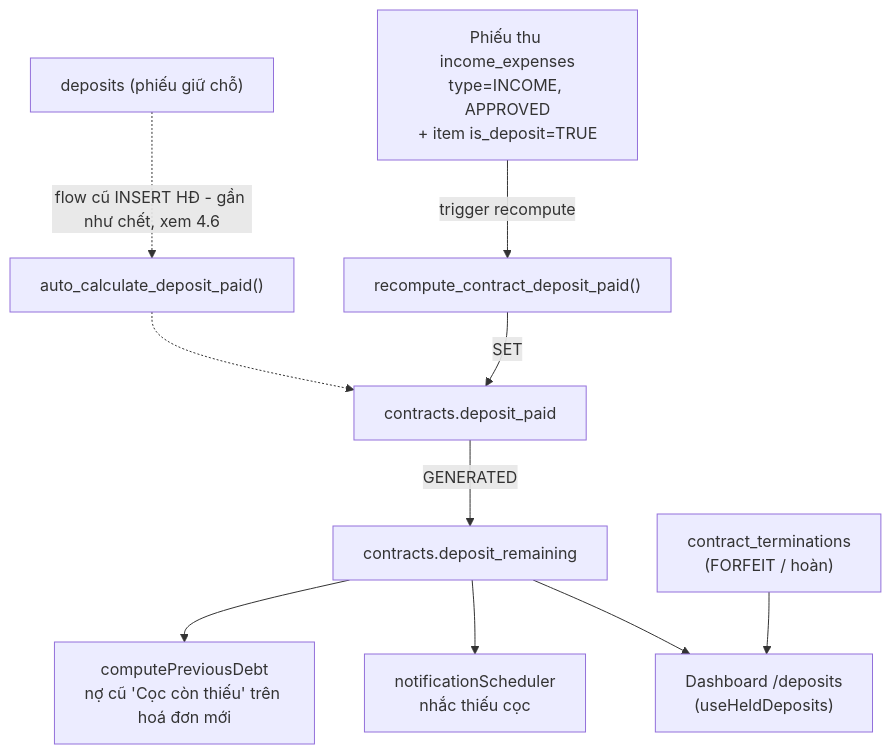
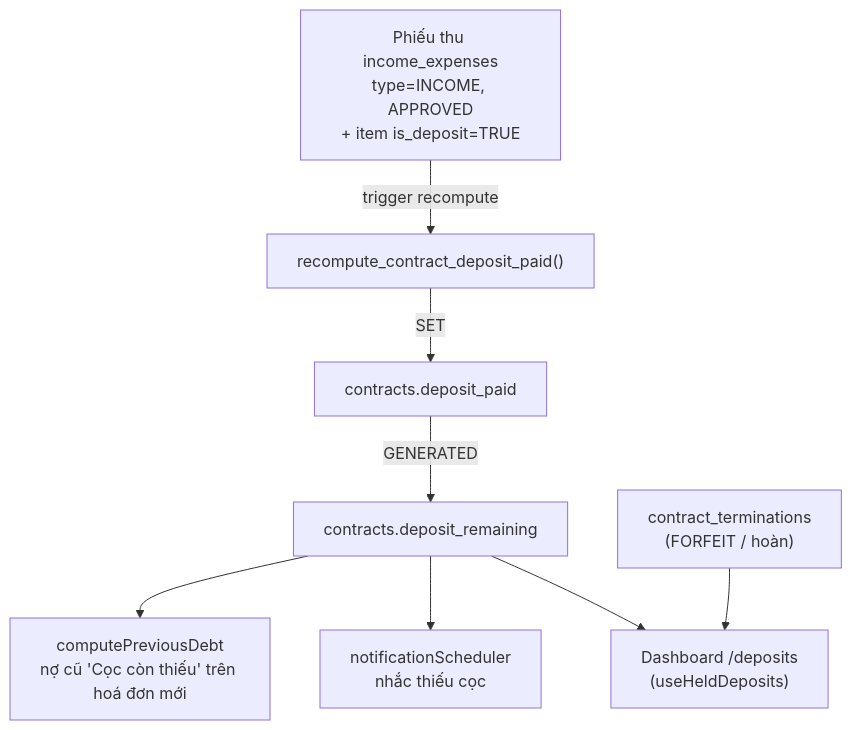
The second of 5 diagrams in docs/he-thong/04-coc-giu-cho.md (zxGreenxz/whiteboard-ihomecrm), drawn with Mermaid before and after one commit. The commit also changed other lines of this file and 11 other files, not shown here.

````diff
--- a/docs/he-thong/04-coc-giu-cho.md
+++ b/docs/he-thong/04-coc-giu-cho.md
@@ -167,12 +167,10 @@
 ```mermaid
 flowchart TD
     IE["Phiếu thu income_expenses<br/>type=INCOME, APPROVED<br/>+ item is_deposit=TRUE"] -->|trigger recompute| RC["recompute_contract_deposit_paid()"]
     RC -->|SET| DP["contracts.deposit_paid"]
     DP -->|GENERATED| DR["contracts.deposit_remaining"]
     DR --> DASH["Dashboard /deposits<br/>(useHeldDeposits)"]
     DR --> NOTIF["notificationScheduler<br/>nhắc thiếu cọc"]
     DR --> PREV["computePreviousDebt<br/>nợ cũ 'Cọc còn thiếu' trên hoá đơn mới"]
     TERM["contract_terminations<br/>(FORFEIT / hoàn)"] --> DASH
-    DEP["deposits (phiếu giữ chỗ)"] -.->|flow cũ INSERT HĐ - gần như chết, xem 4.6| AUTO["auto_calculate_deposit_paid()"]
-    AUTO -.-> DP
 ```
````
